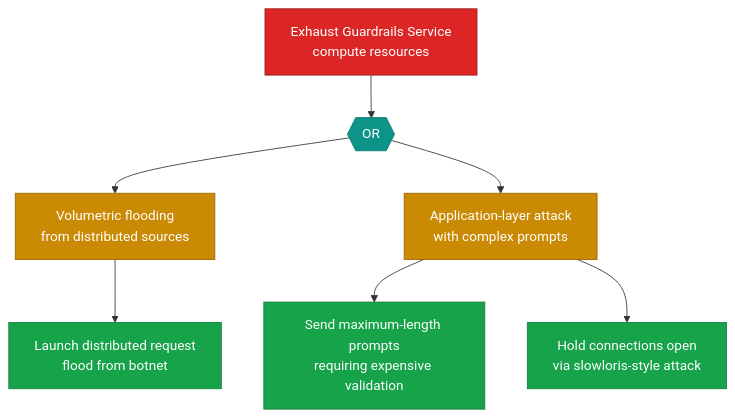
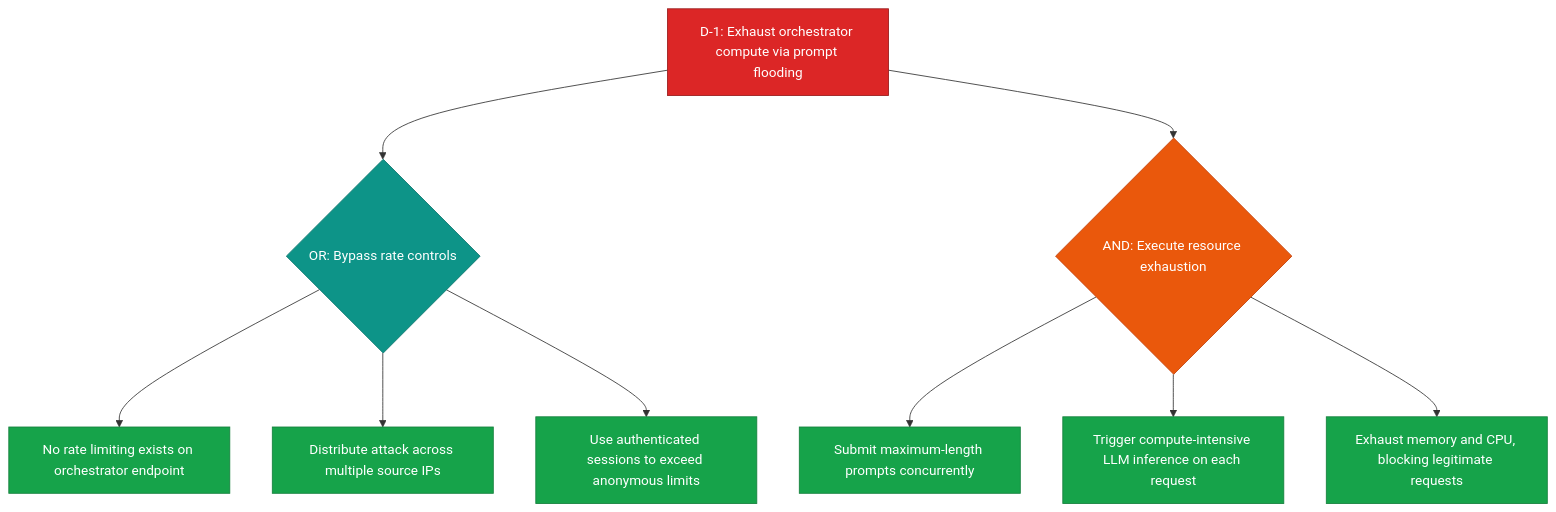
Before and after one commit to q-qp-p/davidmatousek-tachi: the second of 7 diagrams in examples/agentic-app/test-output/2026-03-25T12-53-57/threat-report.md, drawn with Mermaid. The commit also changed other lines of this file and 42 other files, not shown here.

````diff
--- a/examples/agentic-app/test-output/2026-03-25T12-53-57/threat-report.md
+++ b/examples/agentic-app/test-output/2026-03-25T12-53-57/threat-report.md
@@ -383,24 +279,30 @@
 ```mermaid
 flowchart TD
-    D1_root["Exhaust Guardrails Service\ncompute resources"]
-    D1_or1{{"OR"}}
-    D1_sub1["Volumetric flooding\nfrom distributed sources"]
-    D1_sub2["Application-layer attack\nwith complex prompts"]
-    D1_leaf1["Launch distributed request\nflood from botnet"]
-    D1_leaf2["Send maximum-length prompts\nrequiring expensive validation"]
-    D1_leaf3["Hold connections open\nvia slowloris-style attack"]
+    D1_root["D-1: Exhaust orchestrator compute via prompt flooding"]
+    D1_or1{"OR: Bypass rate controls"}
+    D1_leaf1["No rate limiting exists on orchestrator endpoint"]
+    D1_leaf2["Distribute attack across multiple source IPs"]
+    D1_leaf3["Use authenticated sessions to exceed anonymous limits"]
+    D1_and1{"AND: Execute resource exhaustion"}
+    D1_leaf4["Submit maximum-length prompts concurrently"]
+    D1_leaf5["Trigger compute-intensive LLM inference on each request"]
+    D1_leaf6["Exhaust memory and CPU, blocking legitimate requests"]
+
     D1_root --> D1_or1
-    D1_or1 --> D1_sub1
-    D1_or1 --> D1_sub2
-    D1_sub1 --> D1_leaf1
-    D1_sub2 --> D1_leaf2
-    D1_sub2 --> D1_leaf3
-    classDef goal fill:#DC2626,stroke:#991B1B,color:#FFFFFF
-    classDef orGate fill:#0D9488,stroke:#0F766E,color:#FFFFFF
-    classDef leaf fill:#16A34A,stroke:#15803D,color:#FFFFFF
-    classDef sub fill:#CA8A04,stroke:#A16207,color:#FFFFFF
+    D1_root --> D1_and1
+    D1_or1 --> D1_leaf1
+    D1_or1 --> D1_leaf2
+    D1_or1 --> D1_leaf3
+    D1_and1 --> D1_leaf4
+    D1_and1 --> D1_leaf5
+    D1_and1 --> D1_leaf6
+
+    classDef goal fill:#DC2626,color:#fff,stroke:#991B1B
+    classDef andGate fill:#EA580C,color:#fff,stroke:#C2410C
+    classDef orGate fill:#0D9488,color:#fff,stroke:#0F766E
+    classDef leaf fill:#16A34A,color:#fff,stroke:#15803D
     class D1_root goal
+    class D1_and1 andGate
     class D1_or1 orGate
-    class D1_sub1,D1_sub2 sub
-    class D1_leaf1,D1_leaf2,D1_leaf3 leaf
+    class D1_leaf1,D1_leaf2,D1_leaf3,D1_leaf4,D1_leaf5,D1_leaf6 leaf
 ```
````
